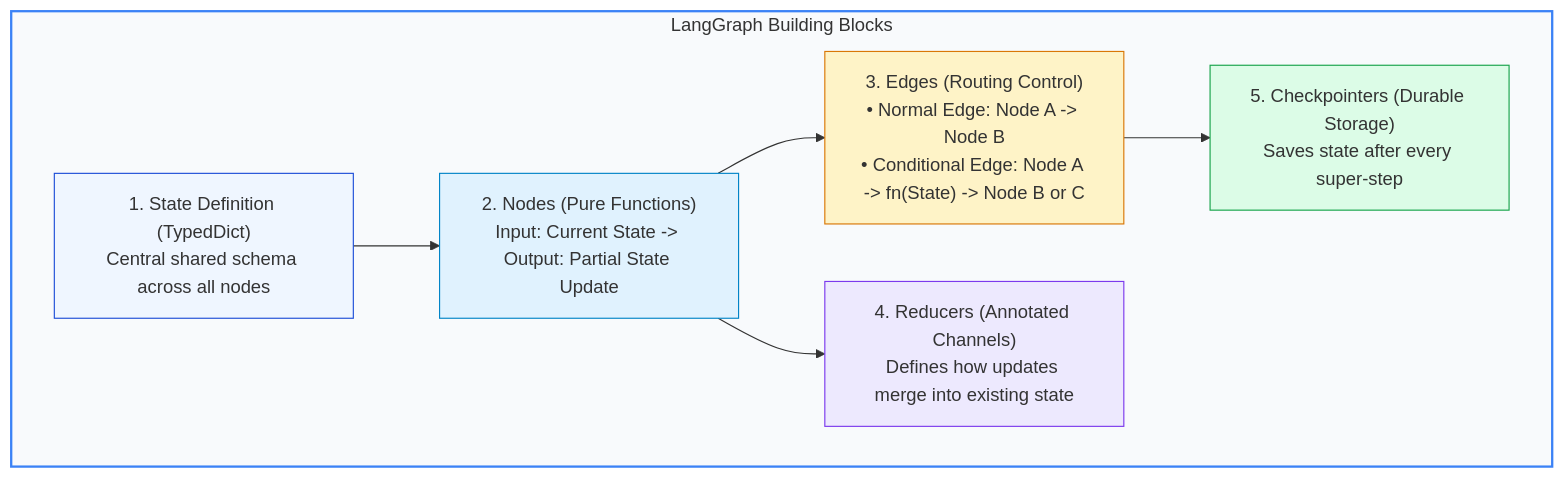
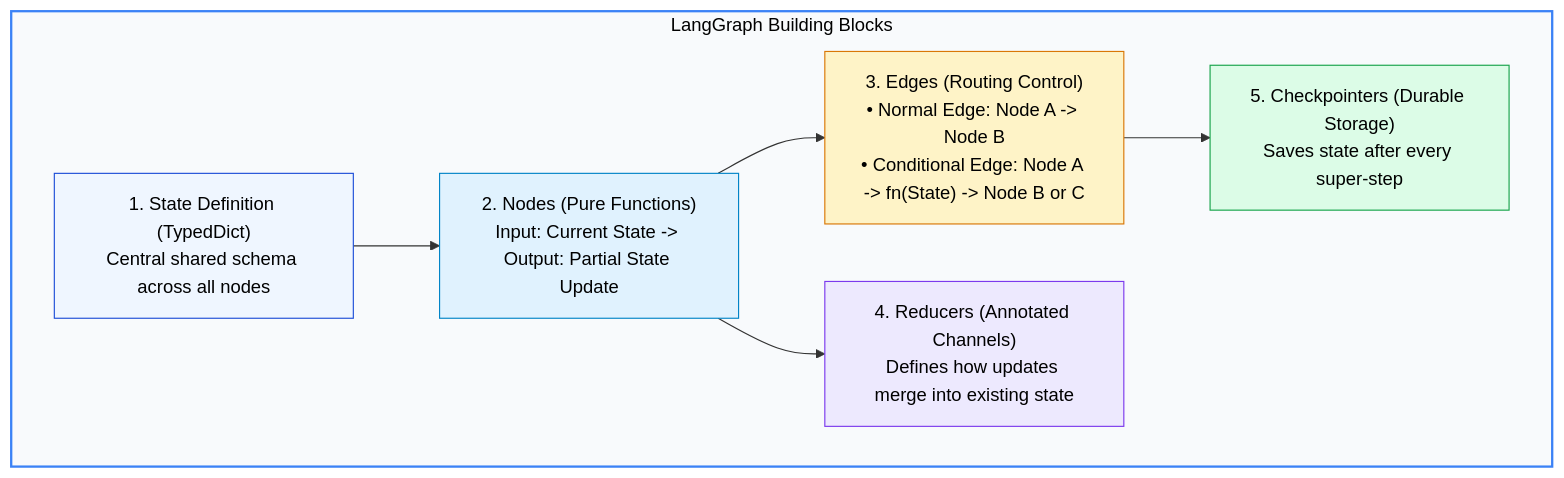
The second of 6 diagrams in 07-Agentic-RAG/LangGraph-RAG.md (swapnil3104/RAG-Engineering), drawn with Mermaid before and after one commit. The commit also changed other lines of this file and 108 other files, not shown here.

Commit message:
fix: make chart text visible across all Mermaid diagrams and resolve markdown table formatting issues

````diff
--- a/07-Agentic-RAG/LangGraph-RAG.md
+++ b/07-Agentic-RAG/LangGraph-RAG.md
@@ -116,22 +116,22 @@
 ```mermaid
 graph TD
     subgraph Primitives ["LangGraph Building Blocks"]
         StateDef["1. State Definition (TypedDict)<br/>Central shared schema across all nodes"]
         NodesDef["2. Nodes (Pure Functions)<br/>Input: Current State -> Output: Partial State Update"]
         EdgesDef["3. Edges (Routing Control)<br/>• Normal Edge: Node A -> Node B<br/>• Conditional Edge: Node A -> fn(State) -> Node B or C"]
         Reducers["4. Reducers (Annotated Channels)<br/>Defines how updates merge into existing state"]
         Checkpointers["5. Checkpointers (Durable Storage)<br/>Saves state after every super-step"]
     end
 
     StateDef --> NodesDef
     NodesDef --> EdgesDef
     NodesDef --> Reducers
     EdgesDef --> Checkpointers
 
-    style Primitives fill:#f8fafc,stroke:#3b82f6,stroke-width:2px
-    style StateDef fill:#eff6ff,stroke:#1d4ed8,stroke-width:1px
-    style NodesDef fill:#e0f2fe,stroke:#0284c7,stroke-width:1px
-    style EdgesDef fill:#fef3c7,stroke:#d97706,stroke-width:1px
-    style Reducers fill:#ede9fe,stroke:#7c3aed,stroke-width:1px
-    style Checkpointers fill:#dcfce7,stroke:#16a34a,stroke-width:1px
+    style Primitives fill:#f8fafc,stroke:#3b82f6,stroke-width:2px,color:#000000
+    style StateDef fill:#eff6ff,stroke:#1d4ed8,stroke-width:1px,color:#000000
+    style NodesDef fill:#e0f2fe,stroke:#0284c7,stroke-width:1px,color:#000000
+    style EdgesDef fill:#fef3c7,stroke:#d97706,stroke-width:1px,color:#000000
+    style Reducers fill:#ede9fe,stroke:#7c3aed,stroke-width:1px,color:#000000
+    style Checkpointers fill:#dcfce7,stroke:#16a34a,stroke-width:1px,color:#000000
 ```
````
